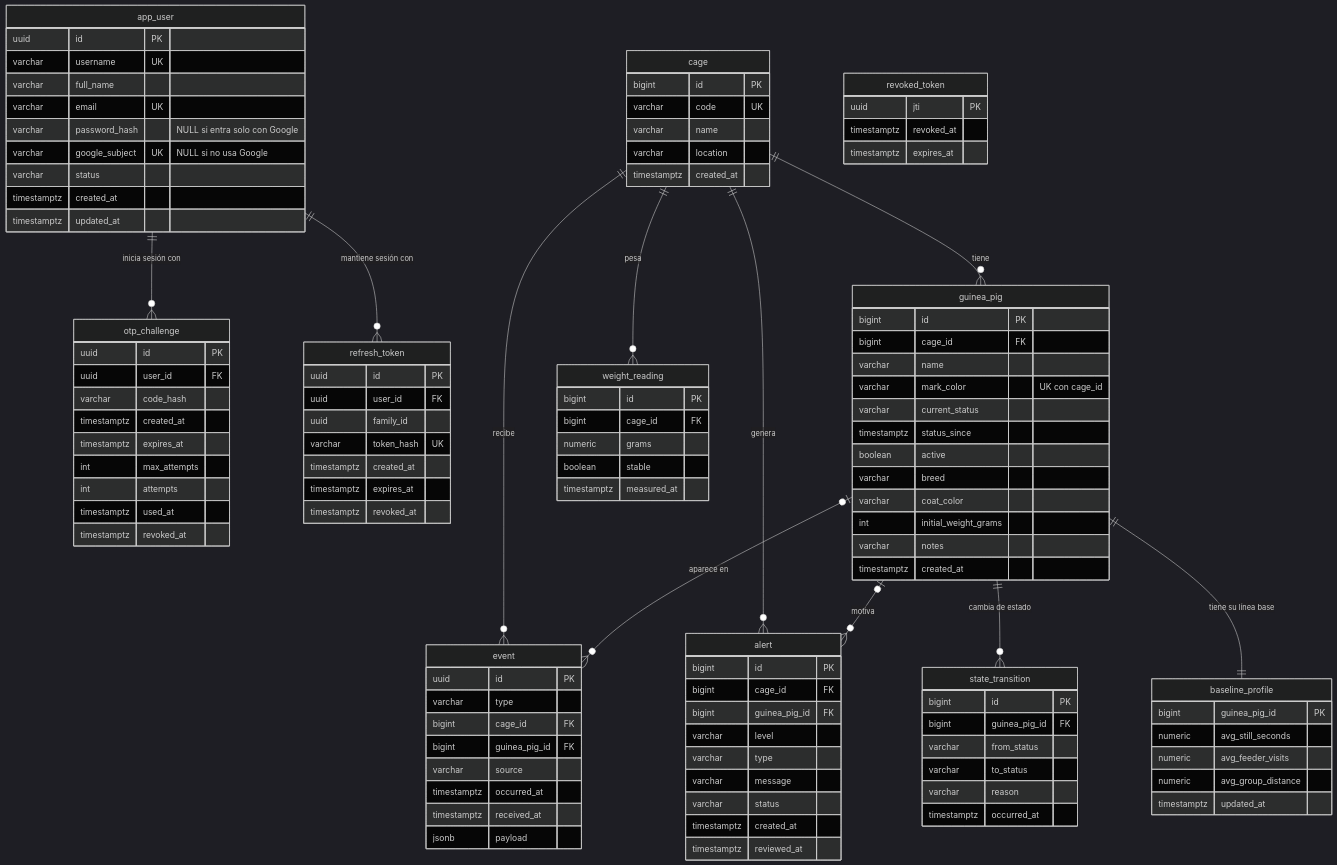
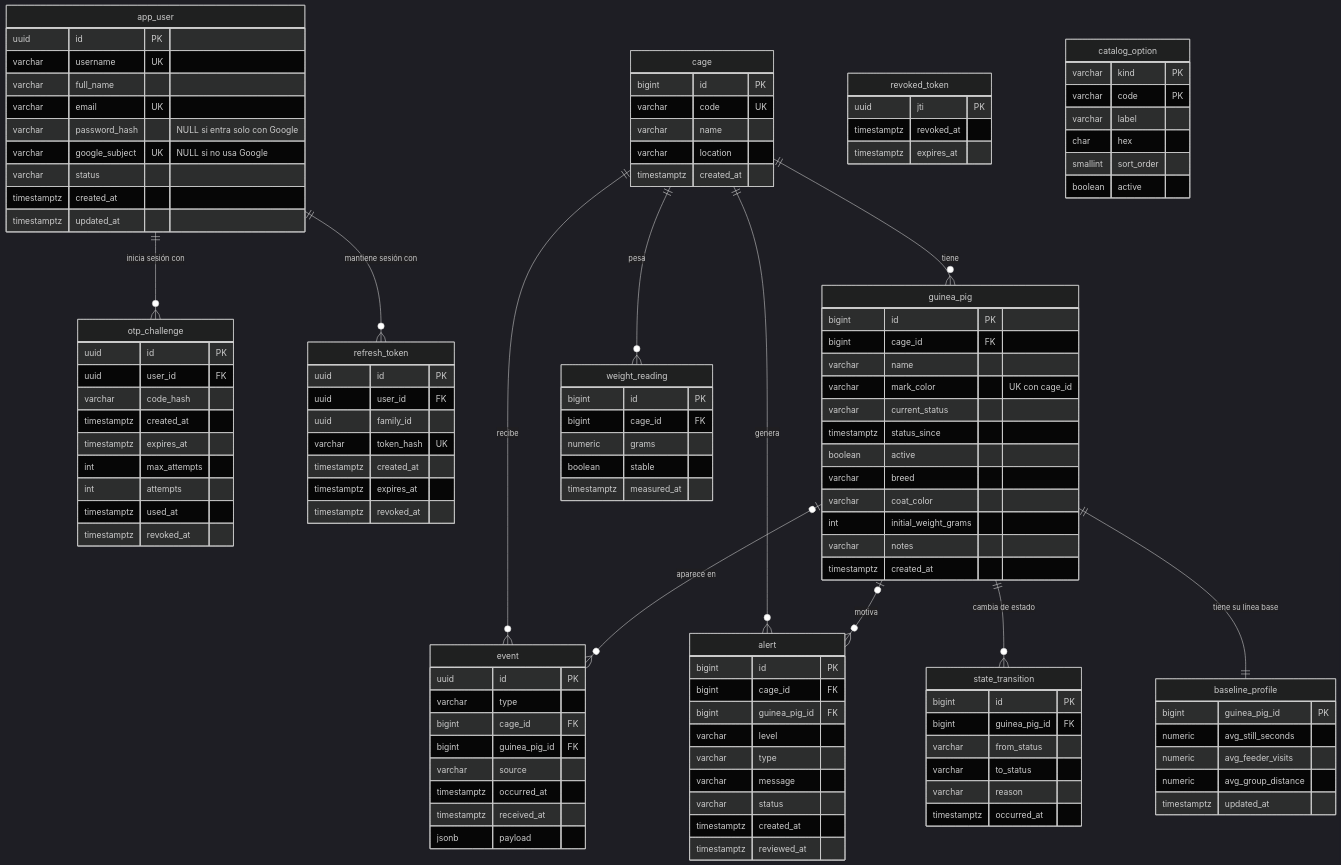
The diagram in README.md (Josuram-xd/cuy-monitor-db), drawn with Mermaid (dark theme) before and after one commit. The commit also changed other lines of this file and 2 other files, not shown here.

Commit message:
feat(schema): keep mark colors, breeds and coat colors in the database

```diff
--- a/README.md
+++ b/README.md
@@ -71,6 +71,14 @@
         varchar name
         varchar location
         timestamptz created_at
+    }
+    catalog_option {
+        varchar kind PK
+        varchar code PK
+        varchar label
+        char hex
+        smallint sort_order
+        boolean active
     }
     guinea_pig {
         bigint id PK
```
